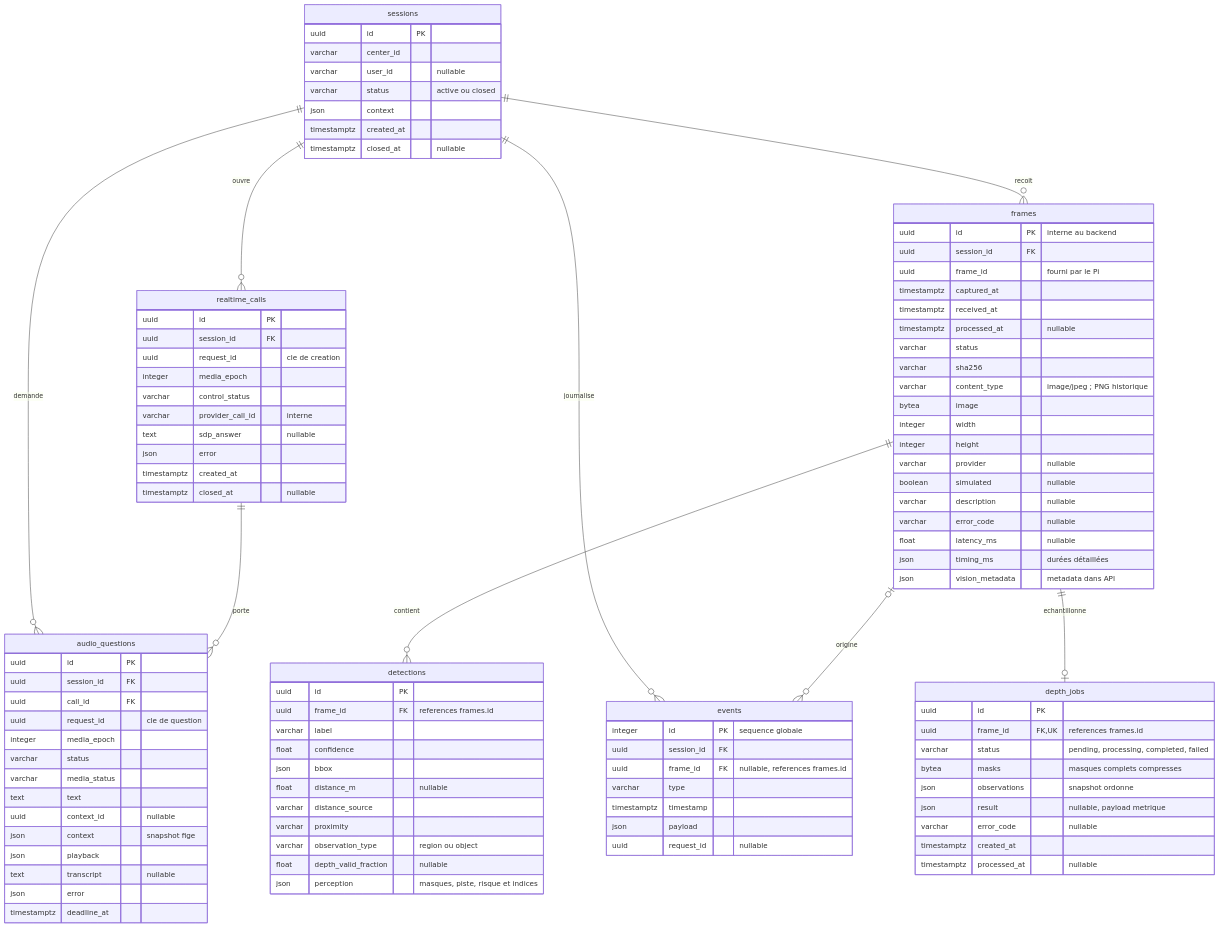
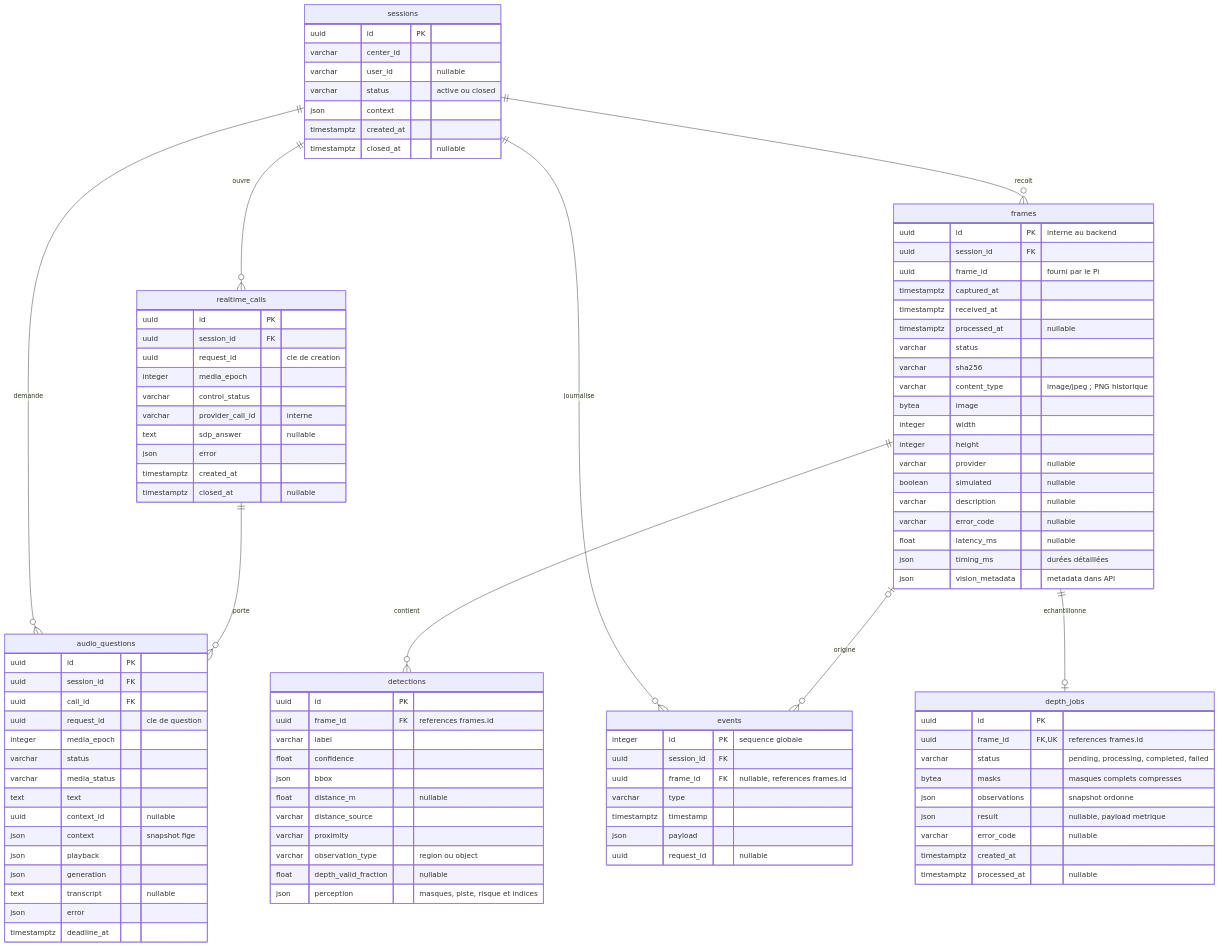
One commit to Mindsept/Looki--Vision changed the first of 6 diagrams in docs/02-base-de-donnees.md. Above: the diagram before and after it, drawn with Mermaid. The commit also changed other lines of this file and 44 other files, not shown here.

```diff
--- a/docs/02-base-de-donnees.md
+++ b/docs/02-base-de-donnees.md
@@ -101,6 +101,7 @@
         uuid context_id "nullable"
         json context "snapshot fige"
         json playback
+        json generation
         text transcript "nullable"
         json error
         timestamptz deadline_at
```
